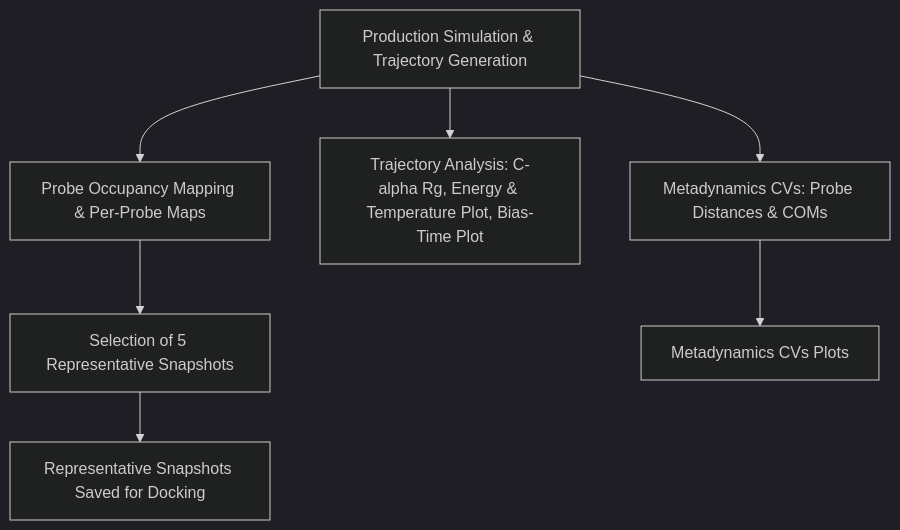
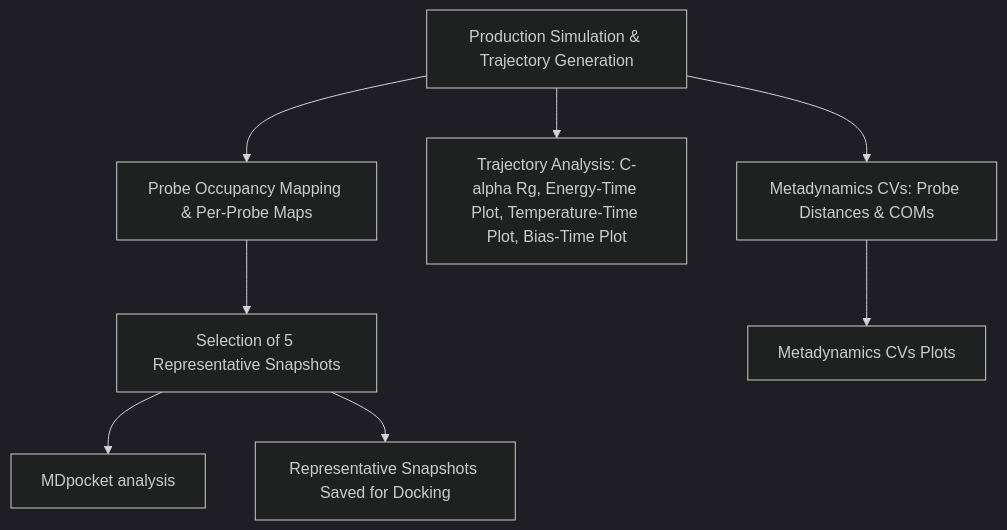
One commit to marcuswangweihow/FBDD changed the fourth of 4 diagrams in Frag_to_lead_4MZI/README.md. Above: the diagram before and after it, drawn with Mermaid (dark theme). The commit also changed other lines of this file, not shown here.

````diff
--- a/Frag_to_lead_4MZI/README.md
+++ b/Frag_to_lead_4MZI/README.md
@@ -178,10 +178,11 @@
 ```mermaid
 flowchart TD
     K["Production Simulation & Trajectory Generation"] --> L["Probe Occupancy Mapping & Per-Probe Maps"]
     L --> M["Selection of 5 Representative Snapshots"]
-    M --> N["Representative Snapshots Saved for Docking"]
+    M --> N["MDpocket analysis"]
+    M --> O["Representative Snapshots Saved for Docking"]
 
-    K --> O["Trajectory Analysis: C-alpha Rg, Energy & Temperature Plot, Bias-Time Plot"]
-    K --> P["Metadynamics CVs: Probe Distances & COMs"]
-    P --> Q["Metadynamics CVs Plots"]
+    K --> P["Trajectory Analysis: C-alpha Rg, Energy-Time Plot, Temperature-Time Plot, Bias-Time Plot"]
+    K --> Q["Metadynamics CVs: Probe Distances & COMs"]
+    Q --> R["Metadynamics CVs Plots"]
 ```
````
